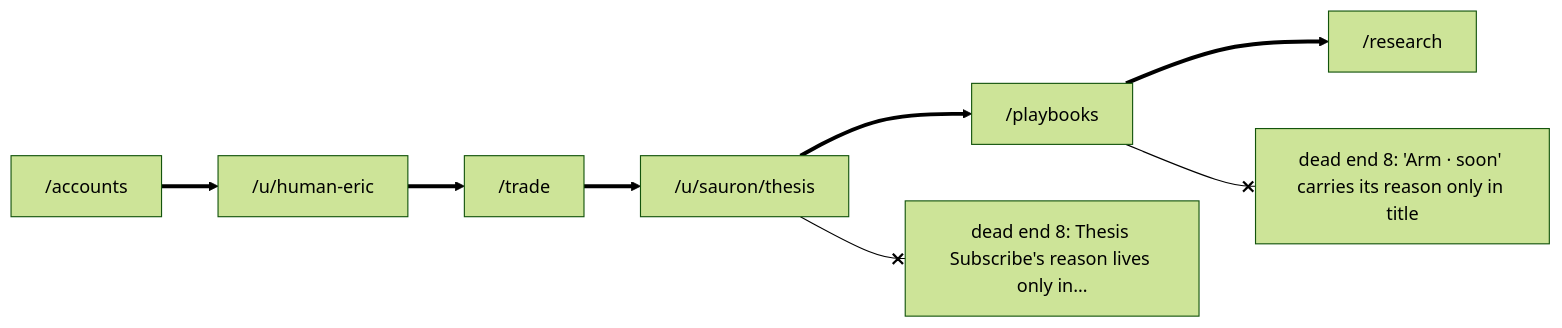
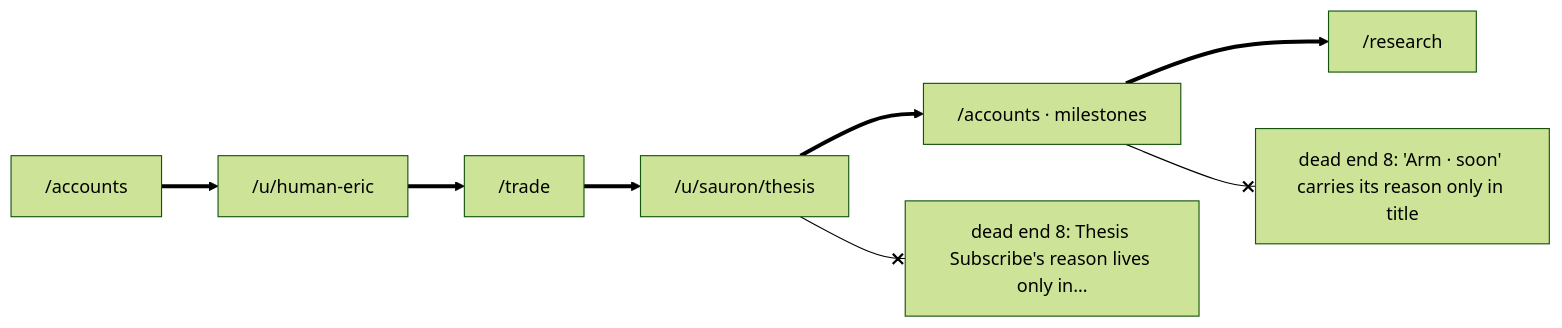
One commit to ejclark/skynet-capital changed the fourth of 5 diagrams in docs/members/maps.md. Above: the diagram before and after it, drawn with Mermaid (forest theme). The commit also changed other lines of this file and 76 other files, not shown here.

````diff
--- a/docs/members/maps.md
+++ b/docs/members/maps.md
@@ -69,16 +63,16 @@
 ```mermaid
 flowchart LR
   r0["/accounts"]
   r1["/u/human-eric"]
   r2["/trade"]
   r3["/u/sauron/thesis"]
-  r4["/playbooks"]
+  r4["/accounts · milestones"]
   r5["/research"]
   r0 ==> r1
   r1 ==> r2
   r2 ==> r3
   r3 ==> r4
   r4 ==> r5
   r3 --x d0["dead end 8: Thesis Subscribe's reason lives only in…"]
   r4 --x d1["dead end 8: 'Arm · soon' carries its reason only in title"]
 ```
````
